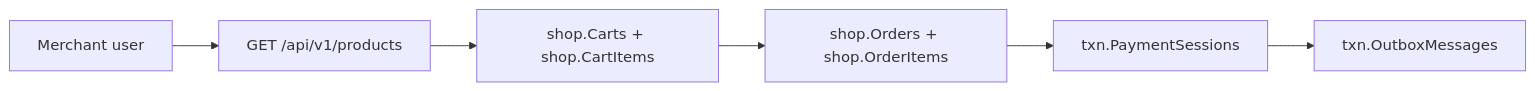
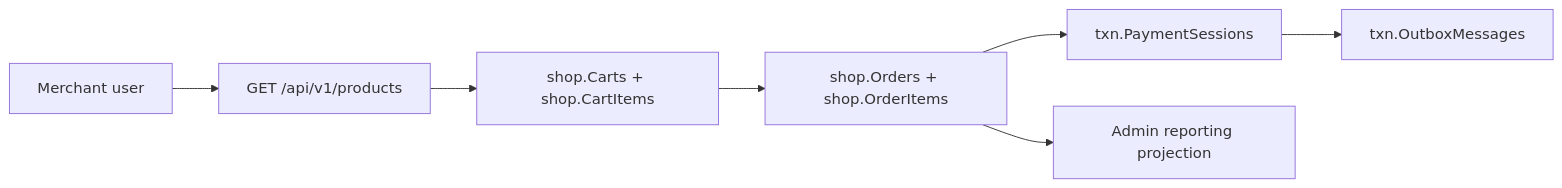
One commit to metrodiesign/pol-core changed the first of 2 diagrams in docs/reference/merchant-commerce-payment-erd-revised-kyc-simplified.md. Above: the diagram before and after it, drawn with Mermaid. The commit also changed other lines of this file and 20 other files, not shown here.

````diff
--- a/docs/reference/merchant-commerce-payment-erd-revised-kyc-simplified.md
+++ b/docs/reference/merchant-commerce-payment-erd-revised-kyc-simplified.md
@@ -7,8 +7,9 @@
 ```mermaid
 flowchart LR
     A["Merchant user"] --> P["GET /api/v1/products"]
     P --> C["shop.Carts + shop.CartItems"]
     C --> O["shop.Orders + shop.OrderItems"]
     O --> S["txn.PaymentSessions"]
     S --> E["txn.OutboxMessages"]
+    O --> R["Admin reporting projection"]
 ```
````
